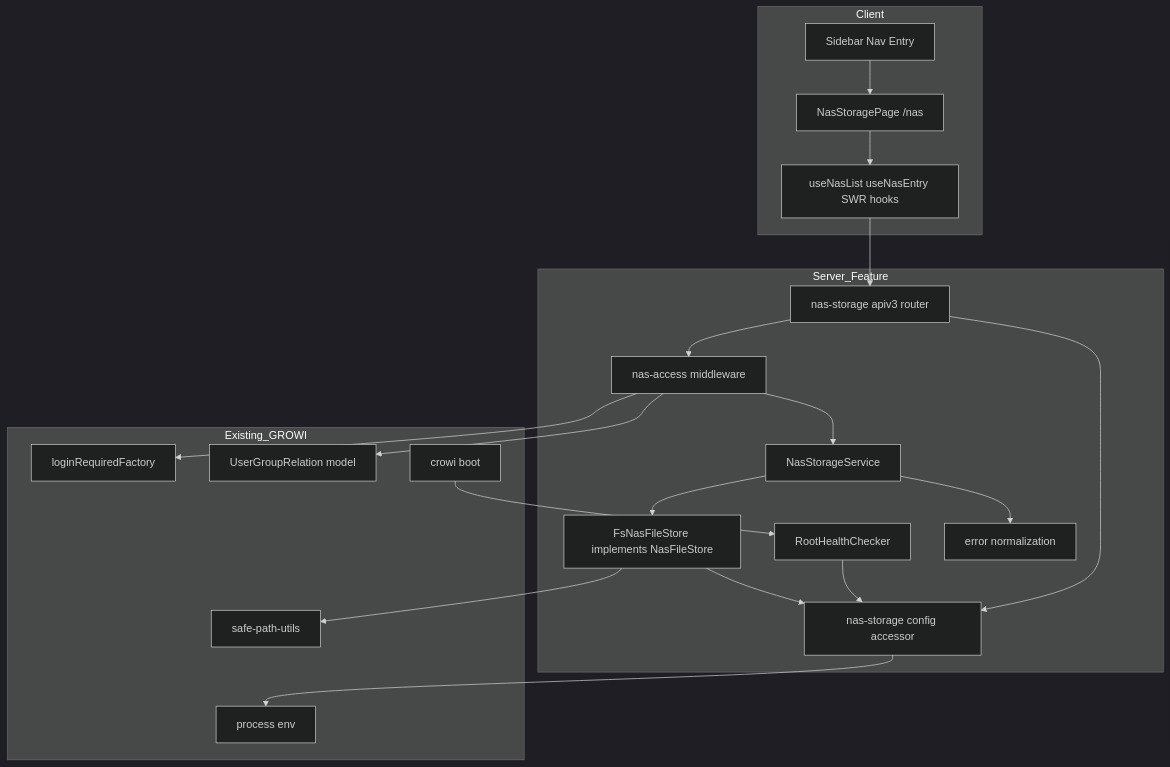
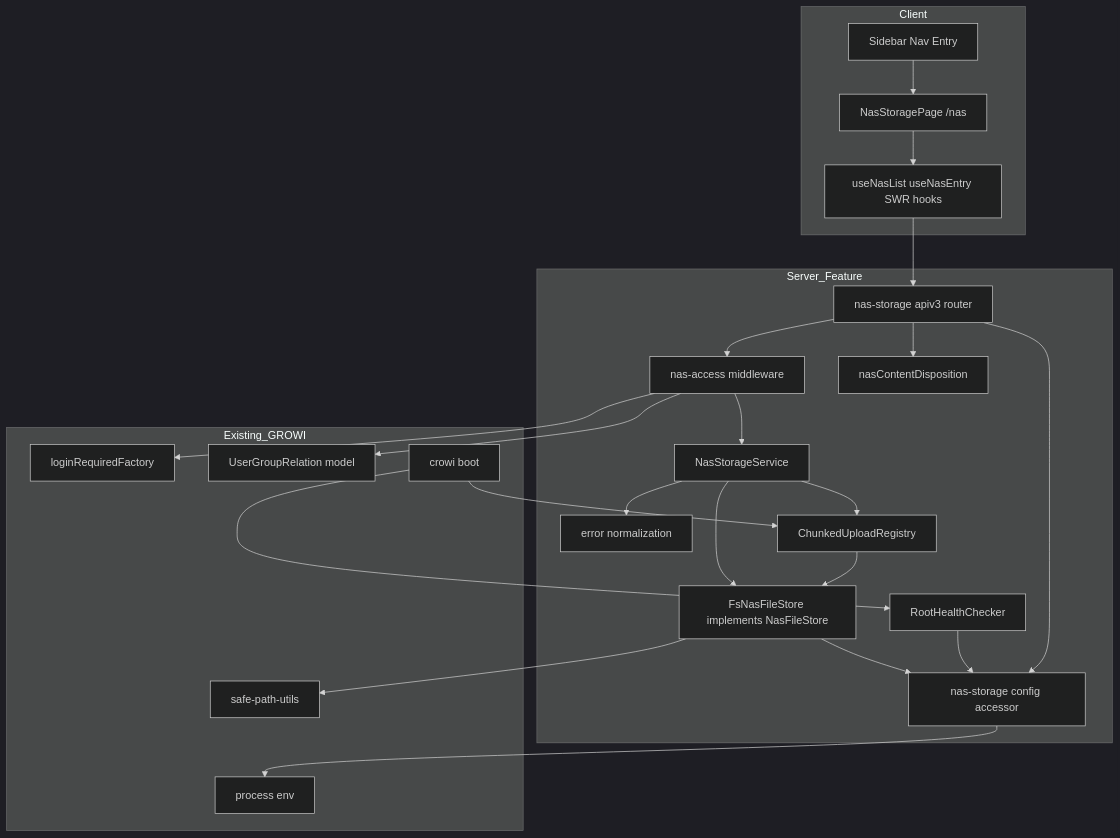
One commit to SovietUnion1942/growi changed the first of 5 diagrams in .kiro/specs/nas-file-storage/design.md. Above: the diagram before and after it, drawn with Mermaid (dark theme). The commit also changed other lines of this file and 4 other files, not shown here.

First line of the commit message:
docs(nas-file-storage): spec for preview, chunked upload, folder upload (Req 9-11)

````diff
--- a/.kiro/specs/nas-file-storage/design.md
+++ b/.kiro/specs/nas-file-storage/design.md
@@ -71,37 +85,43 @@
 ```mermaid
 graph TB
     subgraph Client
         NasPage[NasStoragePage /nas]
         NasNav[Sidebar Nav Entry]
         NasHooks[useNasList useNasEntry SWR hooks]
     end
     subgraph Server_Feature
         Routes[nas-storage apiv3 router]
         AclMw[nas-access middleware]
         Service[NasStorageService]
         Store[FsNasFileStore implements NasFileStore]
         Config[nas-storage config accessor]
         Health[RootHealthChecker]
         Errors[error normalization]
+        Disp[nasContentDisposition]
+        ChunkReg[ChunkedUploadRegistry]
     end
     subgraph Existing_GROWI
         LoginReq[loginRequiredFactory]
         ProcEnv[process env]
         SafePath[safe-path-utils]
         GroupRel[UserGroupRelation model]
         Crowi[crowi boot]
     end
     NasPage --> NasHooks --> Routes
     NasNav --> NasPage
     Routes --> AclMw --> Service
     AclMw --> LoginReq
     AclMw --> GroupRel
     Service --> Store
     Service --> Errors
+    Service --> ChunkReg
+    ChunkReg --> Store
+    Routes --> Disp
     Store --> SafePath
     Store --> Config
     Config --> ProcEnv
     Health --> Config
     Crowi --> Health
+    Crowi --> ChunkReg
     Routes --> Config
 ```
````
